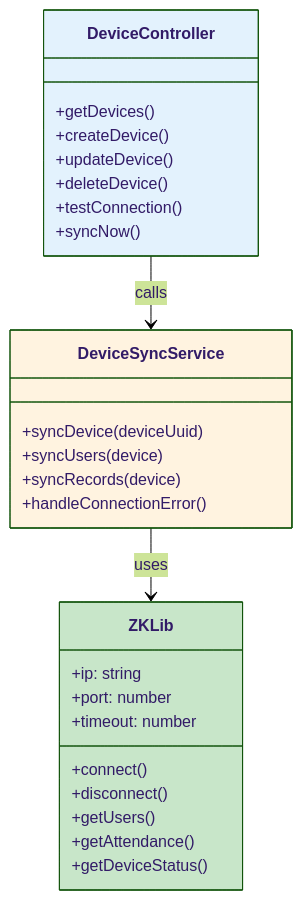
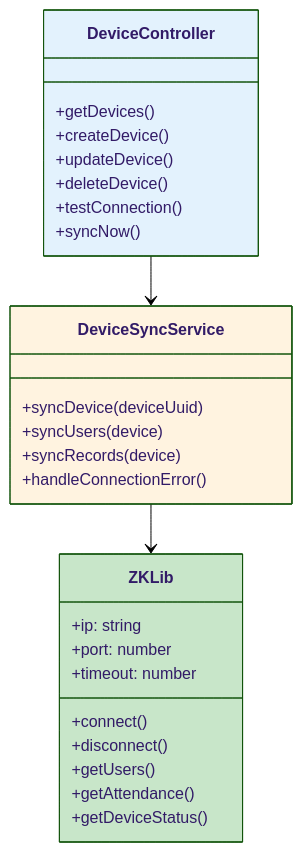
The third of 8 diagrams in 06-integracion-dispositivos/01-integracion-zkteco.md (MAAC77/docs-hr), drawn with Mermaid (forest theme) before and after one commit. The commit also changed other lines of this file and 12 other files, not shown here.

````diff
--- a/06-integracion-dispositivos/01-integracion-zkteco.md
+++ b/06-integracion-dispositivos/01-integracion-zkteco.md
@@ -91,36 +91,36 @@
 ```mermaid
 classDiagram
     class ZKLib {
         +ip: string
         +port: number
         +timeout: number
         +connect()
         +disconnect()
         +getUsers()
         +getAttendance()
         +getDeviceStatus()
     }
 
     class DeviceSyncService {
         +syncDevice(deviceUuid)
         +syncUsers(device)
         +syncRecords(device)
         +handleConnectionError()
     }
 
     class DeviceController {
         +getDevices()
         +createDevice()
         +updateDevice()
         +deleteDevice()
         +testConnection()
         +syncNow()
     }
 
-    DeviceSyncService --> ZKLib : uses
-    DeviceController --> DeviceSyncService : calls
+    DeviceSyncService --> ZKLib
+    DeviceController --> DeviceSyncService
 
     style ZKLib fill:#c8e6c9
     style DeviceSyncService fill:#fff3e0
     style DeviceController fill:#e3f2fd
 ```
````
